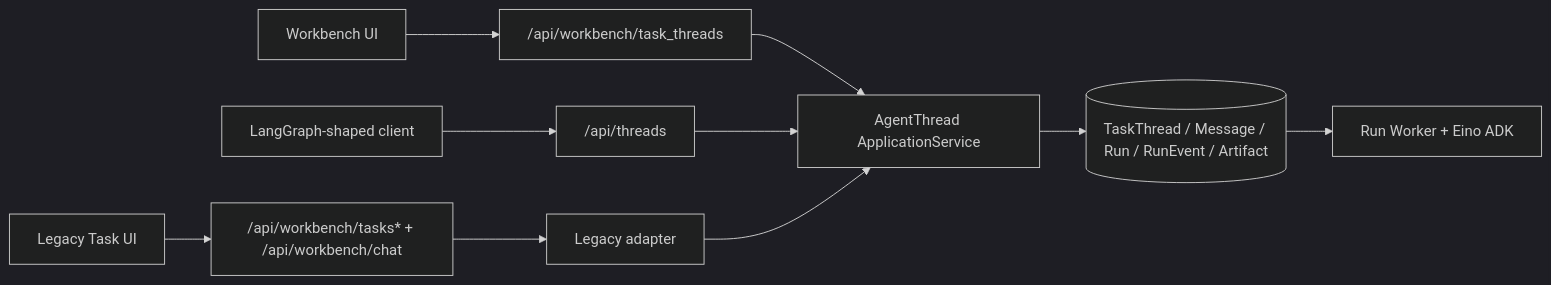
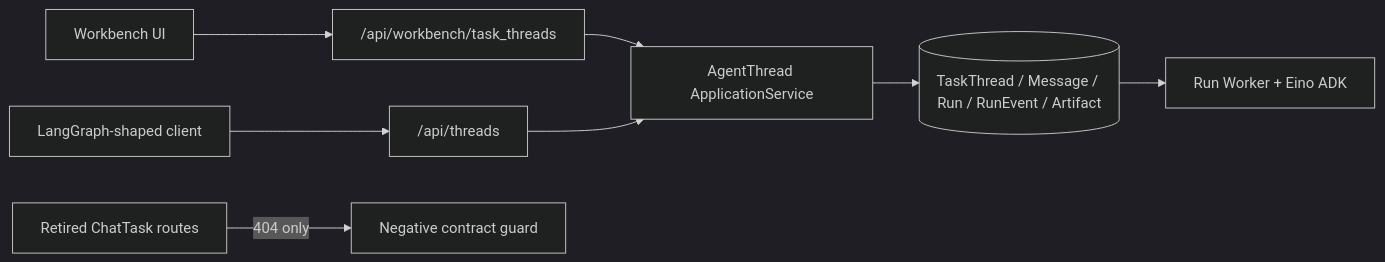
One commit to lwb8832652/coze-studio changed the first of 2 diagrams in docs/superpowers/specs/2026-07-26-workbench-thread-api-contract-design.md. Above: the diagram before and after it, drawn with Mermaid (dark theme). The commit also changed other lines of this file and 2 other files, not shown here.

Commit message:
docs: align Workbench contract with retired ChatTask flow

````diff
--- a/docs/superpowers/specs/2026-07-26-workbench-thread-api-contract-design.md
+++ b/docs/superpowers/specs/2026-07-26-workbench-thread-api-contract-design.md
@@ -80,12 +90,10 @@
 ```mermaid
 flowchart LR
     A["Workbench UI"] --> B["/api/workbench/task_threads"]
     C["LangGraph-shaped client"] --> D["/api/threads"]
-    E["Legacy Task UI"] --> F["/api/workbench/tasks* + /api/workbench/chat"]
     B --> G["AgentThread ApplicationService"]
     D --> G
-    F --> H["Legacy adapter"]
-    H --> G
     G --> I[("TaskThread / Message / Run / RunEvent / Artifact")]
     I --> J["Run Worker + Eino ADK"]
+    K["Retired ChatTask routes"] -->|"404 only"| L["Negative contract guard"]
 ```
````
